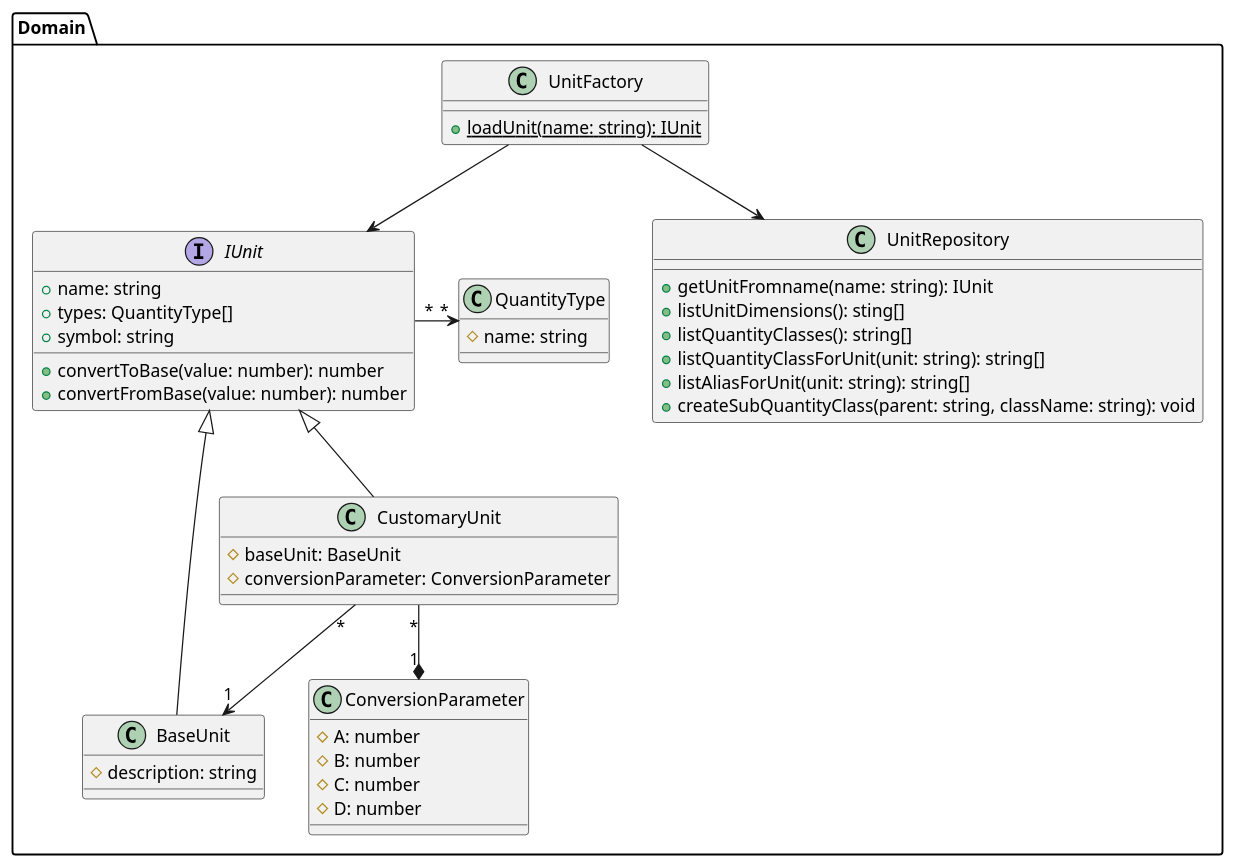
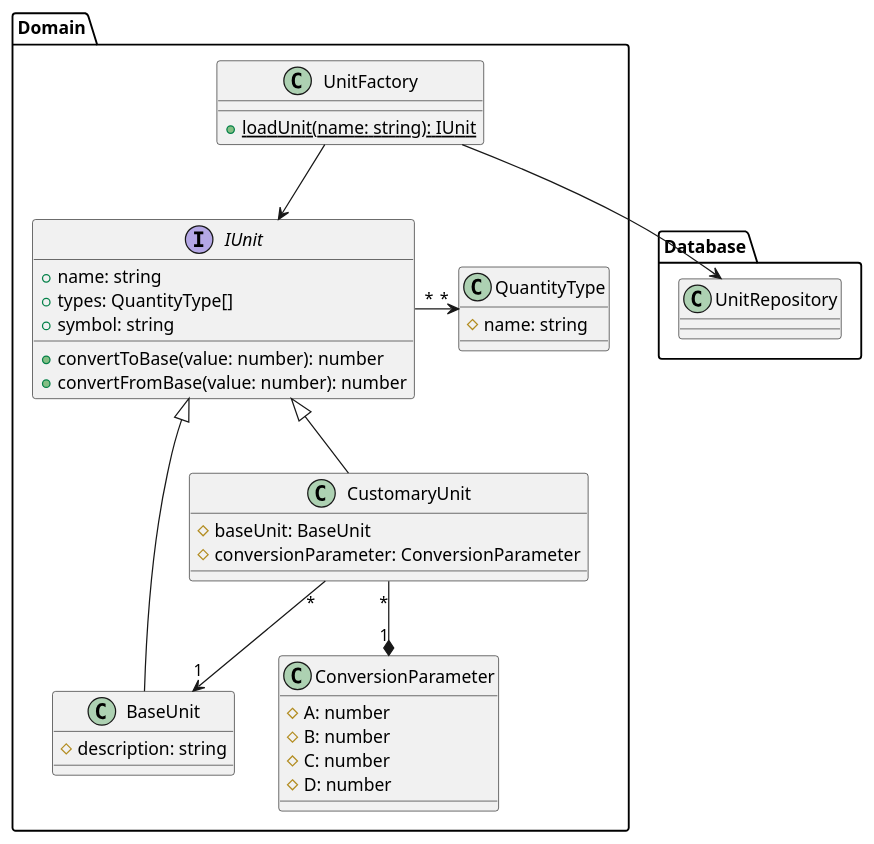
One commit to heig-vkaelin/ikt300-project changed the diagram in docs/uml-class-domain.plantuml. Above: the diagram before and after it, drawn with PlantUML. The commit also changed 3 other files, not shown here.

Commit message:
Fix diagrams

```diff
--- a/docs/uml-class-domain.plantuml
+++ b/docs/uml-class-domain.plantuml
@@ -1,50 +1,46 @@
 @startuml uml-class-domain
 
 package "Domain" {
   interface IUnit {
     + name: string
     + types: QuantityType[]
     + symbol: string
     + convertToBase(value: number): number
     + convertFromBase(value: number): number
   }
   class UnitFactory {
     + {static} loadUnit(name: string): IUnit
   }
   class ConversionParameter {
       # A: number
       # B: number
       # C: number
       # D: number
   }
 
   class BaseUnit {
       # description: string
   }
 
   class CustomaryUnit {
       # baseUnit: BaseUnit
       # conversionParameter: ConversionParameter
   }
   class QuantityType {
       # name: string
   }
-  class UnitRepository {
-    + getUnitFromname(name: string): IUnit
-    + listUnitDimensions(): sting[]
-    + listQuantityClasses(): string[]
-    + listQuantityClassForUnit(unit: string): string[]
-    + listAliasForUnit(unit: string): string[]
-    + createSubQuantityClass(parent: string, className: string): void
-  }
+}
+
+package "Database" {
+  class UnitRepository {}
 }
 
 BaseUnit -UP-|> IUnit
 CustomaryUnit -UP-|> IUnit
 CustomaryUnit "*" --> "1" BaseUnit
 CustomaryUnit "*" --* "1" ConversionParameter
 IUnit "*" -RIGHT-> "*" QuantityType
 UnitFactory --> IUnit
 UnitFactory --> UnitRepository
 
 @enduml
```
